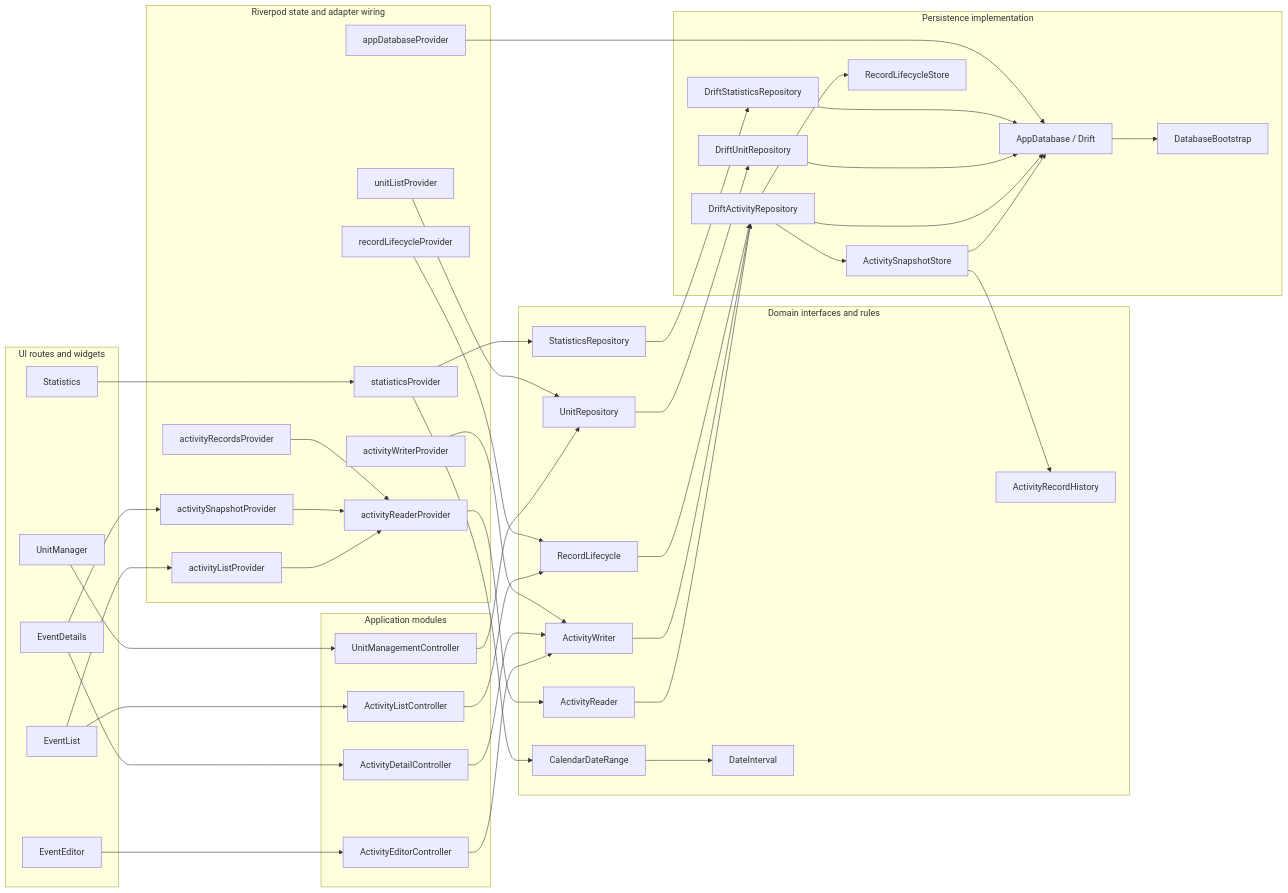
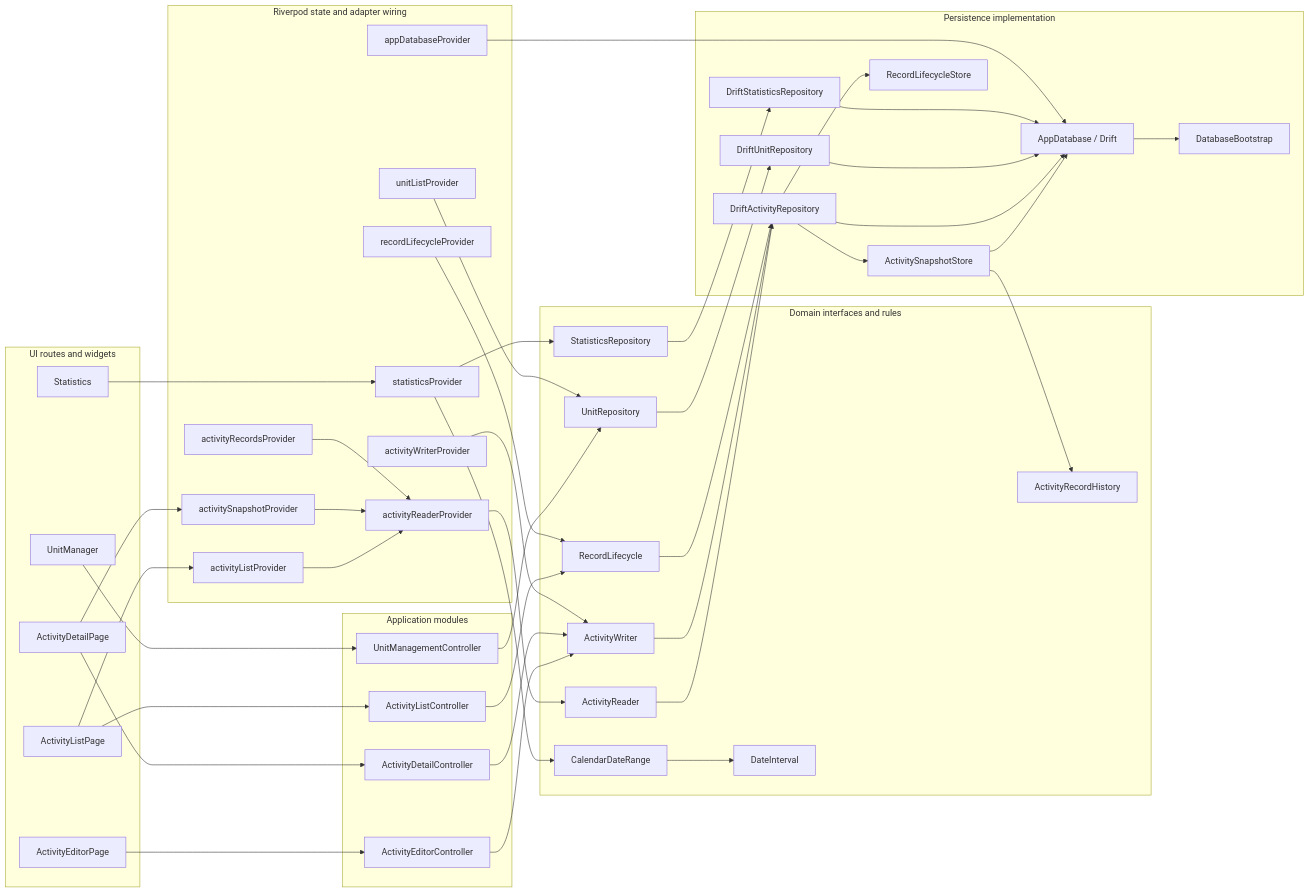
The first of 6 diagrams in docs/architecture/module-flow.md (Guoyuer/eventTracker), drawn with Mermaid before and after one commit. The commit also changed other lines of this file and 17 other files, not shown here.

Commit message:
Complete Activity UI terminology and chart theming

````diff
--- a/docs/architecture/module-flow.md
+++ b/docs/architecture/module-flow.md
@@ -7,10 +7,10 @@
 ```mermaid
 flowchart LR
   subgraph UI["UI routes and widgets"]
-    EventList["EventList"]
-    EventDetails["EventDetails"]
+    ActivityList["ActivityListPage"]
+    ActivityDetails["ActivityDetailPage"]
     Statistics["Statistics"]
-    EventEditor["EventEditor"]
+    ActivityEditor["ActivityEditorPage"]
     UnitManager["UnitManager"]
   end
 
@@ -54,11 +54,11 @@
     DatabaseBootstrap["DatabaseBootstrap"]
   end
 
-  EventList --> ActivityListProvider
-  EventList --> ActivityListController
-  EventEditor --> ActivityEditorController
-  EventDetails --> ActivityDetailController
-  EventDetails --> ActivitySnapshotProvider
+  ActivityList --> ActivityListProvider
+  ActivityList --> ActivityListController
+  ActivityEditor --> ActivityEditorController
+  ActivityDetails --> ActivityDetailController
+  ActivityDetails --> ActivitySnapshotProvider
   UnitManager --> UnitManagementController
   Statistics --> StatisticsProvider
 
````
